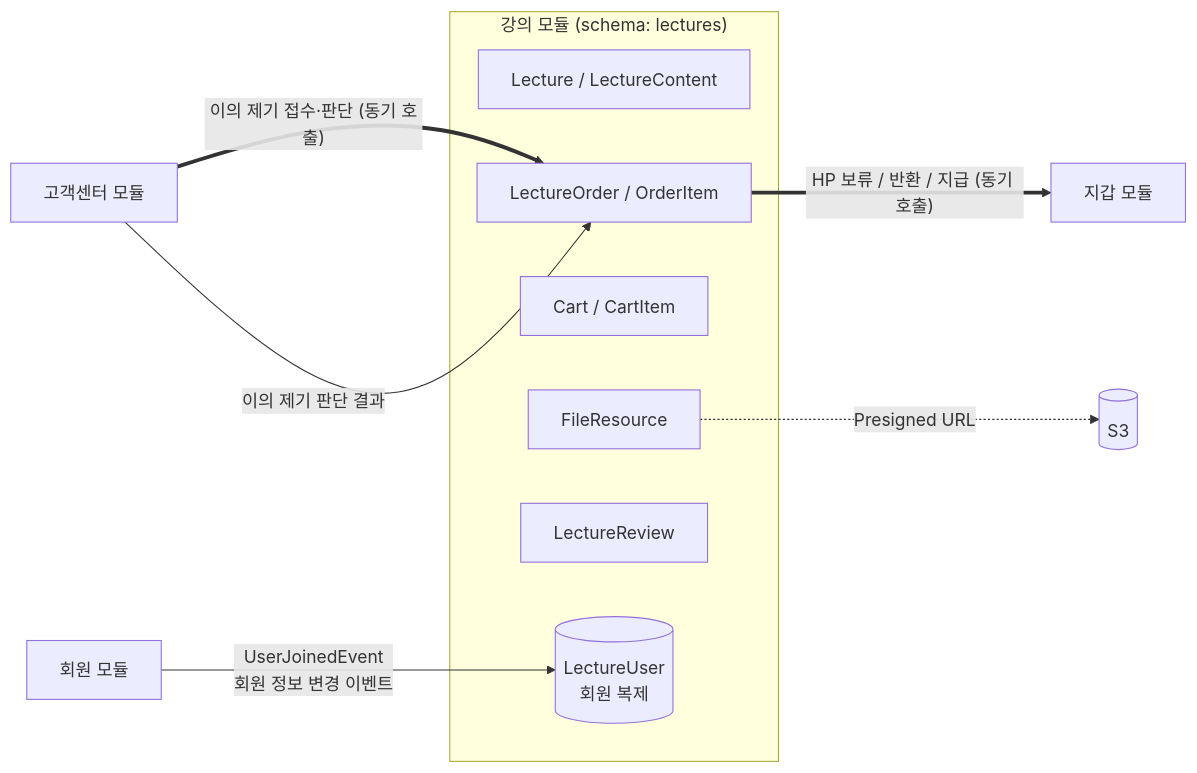
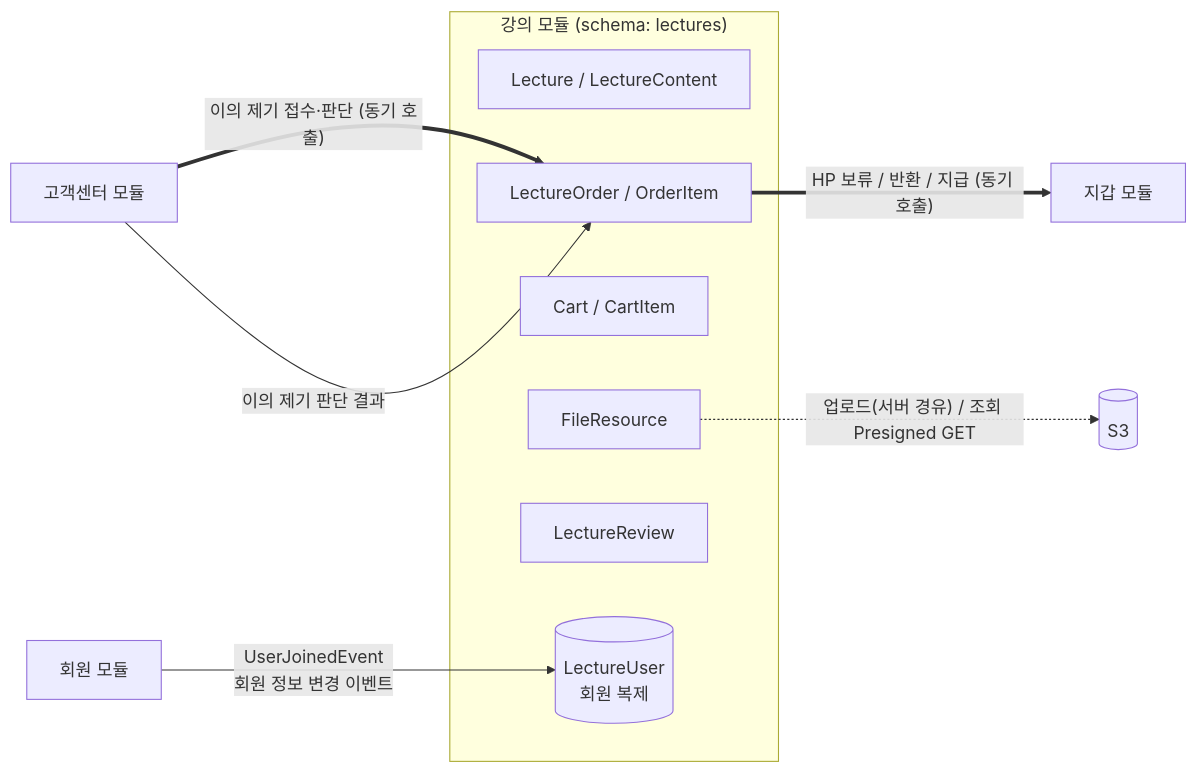
One commit to prgrms-be-adv-devcourse/beadv8_8_LMS_BE changed the first of 9 diagrams in docs/design/lecture-module.md. Above: the diagram before and after it, drawn with Mermaid. The commit also changed other lines of this file and 20 other files, not shown here.

First line of the commit message:
Feat: S3 서버 경유 업로드 기반과 용도별 조회 URL 만료 (#106)

````diff
--- a/docs/design/lecture-module.md
+++ b/docs/design/lecture-module.md
@@ -65,17 +65,17 @@
 ```mermaid
 flowchart LR
     subgraph lecture["강의 모듈 (schema: lectures)"]
         L[Lecture / LectureContent]
         F[FileResource]
         C[Cart / CartItem]
         O[LectureOrder / OrderItem]
         R[LectureReview]
         U[(LectureUser<br/>회원 복제)]
     end
 
     member["회원 모듈"] -- "UserJoinedEvent<br/>회원 정보 변경 이벤트" --> U
     O == "HP 보류 / 반환 / 지급 (동기 호출)" ==> billing["지갑 모듈"]
     cs["고객센터 모듈"] == "이의 제기 접수·판단 (동기 호출)" ==> O
     cs -- "이의 제기 판단 결과" --> O
-    F -. "Presigned URL" .-> S3[(S3)]
+    F -. "업로드(서버 경유) / 조회 Presigned GET" .-> S3[(S3)]
 ```
````
